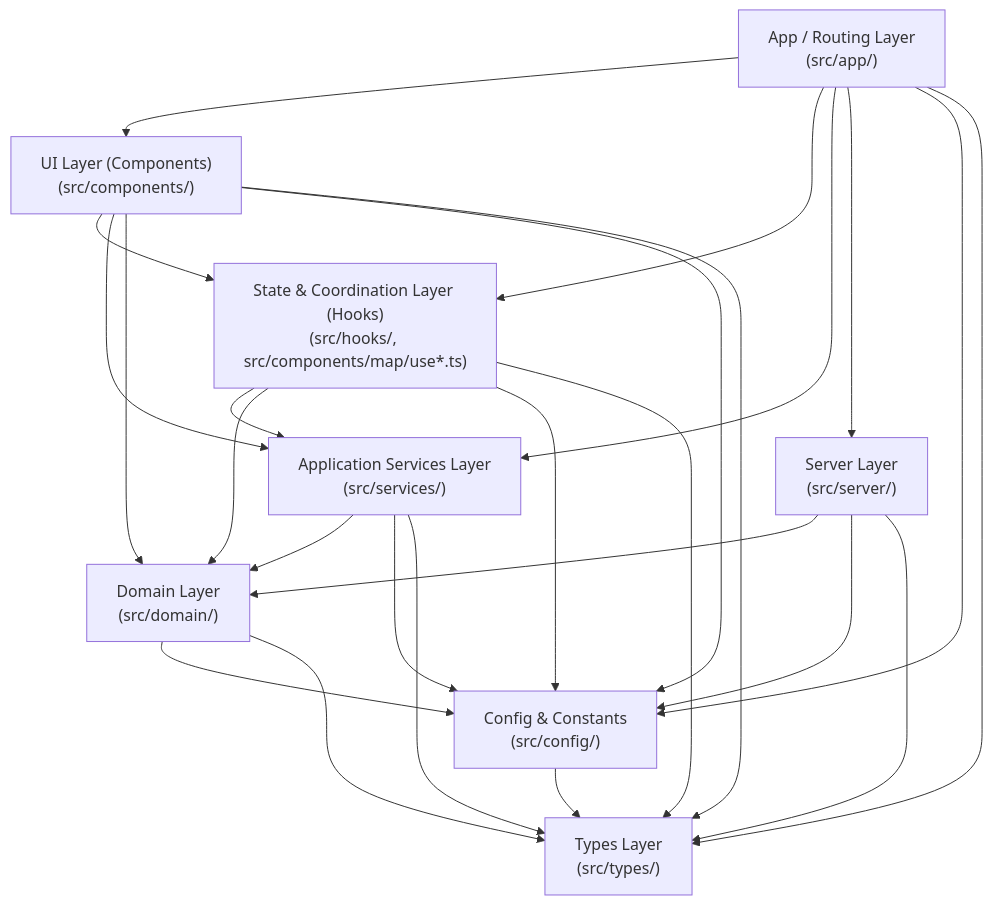
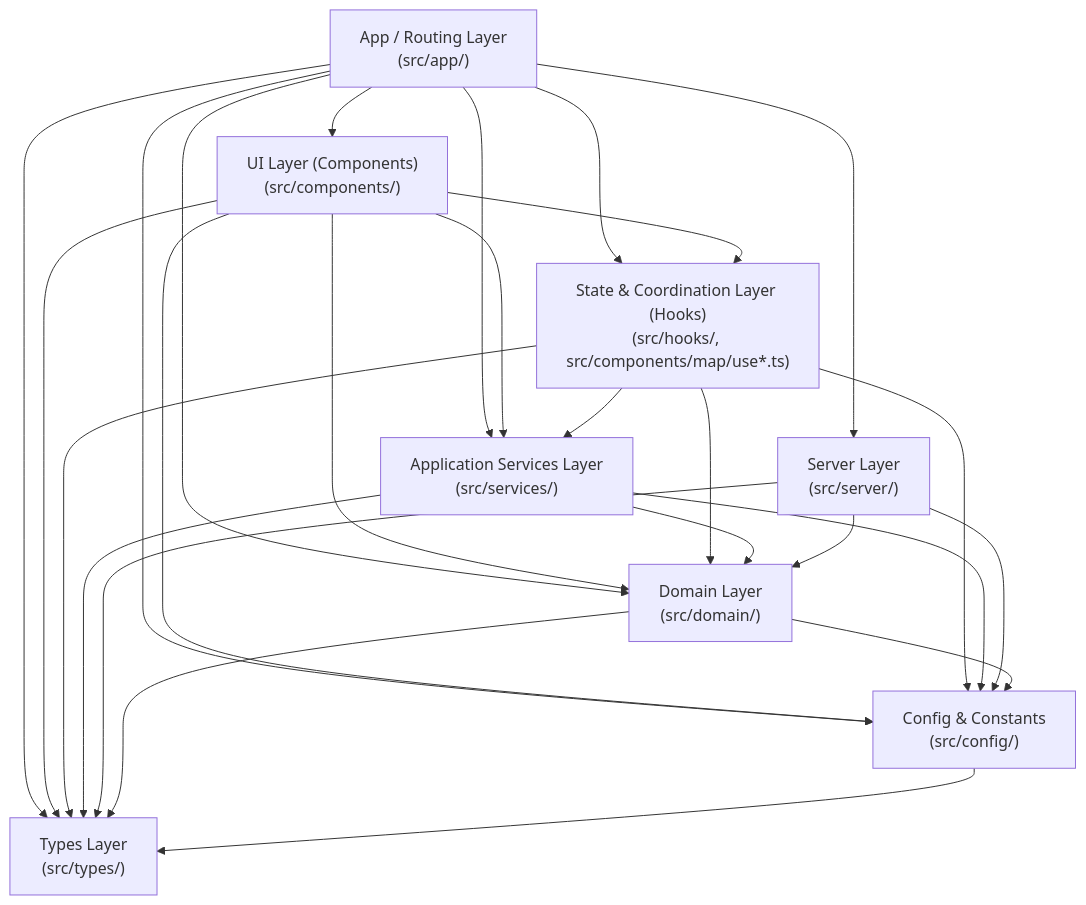
The second of 8 diagrams in docs/architecture/overview.md (poteto317/draw-my-map), drawn with Mermaid before and after one commit. The commit also changed other lines of this file and 9 other files, not shown here.

Commit message:
docs: Phase 19（複数マップの検索とリンク）の設計・プラン・仕様・手順書・ROADMAP を更新する

````diff
--- a/docs/architecture/overview.md
+++ b/docs/architecture/overview.md
@@ -443,42 +469,43 @@
 ```mermaid
 flowchart TD
     App["App / Routing Layer<br/>(src/app/)"]
     UI["UI Layer (Components)<br/>(src/components/)"]
     Hooks["State & Coordination Layer (Hooks)<br/>(src/hooks/, src/components/map/use*.ts)"]
     Services["Application Services Layer<br/>(src/services/)"]
     Domain["Domain Layer<br/>(src/domain/)"]
     Server["Server Layer<br/>(src/server/)"]
     Config["Config & Constants<br/>(src/config/)"]
     Types["Types Layer<br/>(src/types/)"]
 
     App --> UI
     App --> Hooks
     App --> Services
+    App --> Domain
     App --> Server
     App --> Config
     App --> Types
 
     UI --> Hooks
     UI --> Services
     UI --> Domain
     UI --> Config
     UI --> Types
 
     Hooks --> Services
     Hooks --> Domain
     Hooks --> Config
     Hooks --> Types
 
     Services --> Domain
     Services --> Config
     Services --> Types
 
     Server --> Domain
     Server --> Config
     Server --> Types
 
     Domain --> Config
     Domain --> Types
 
     Config --> Types
 ```
````
